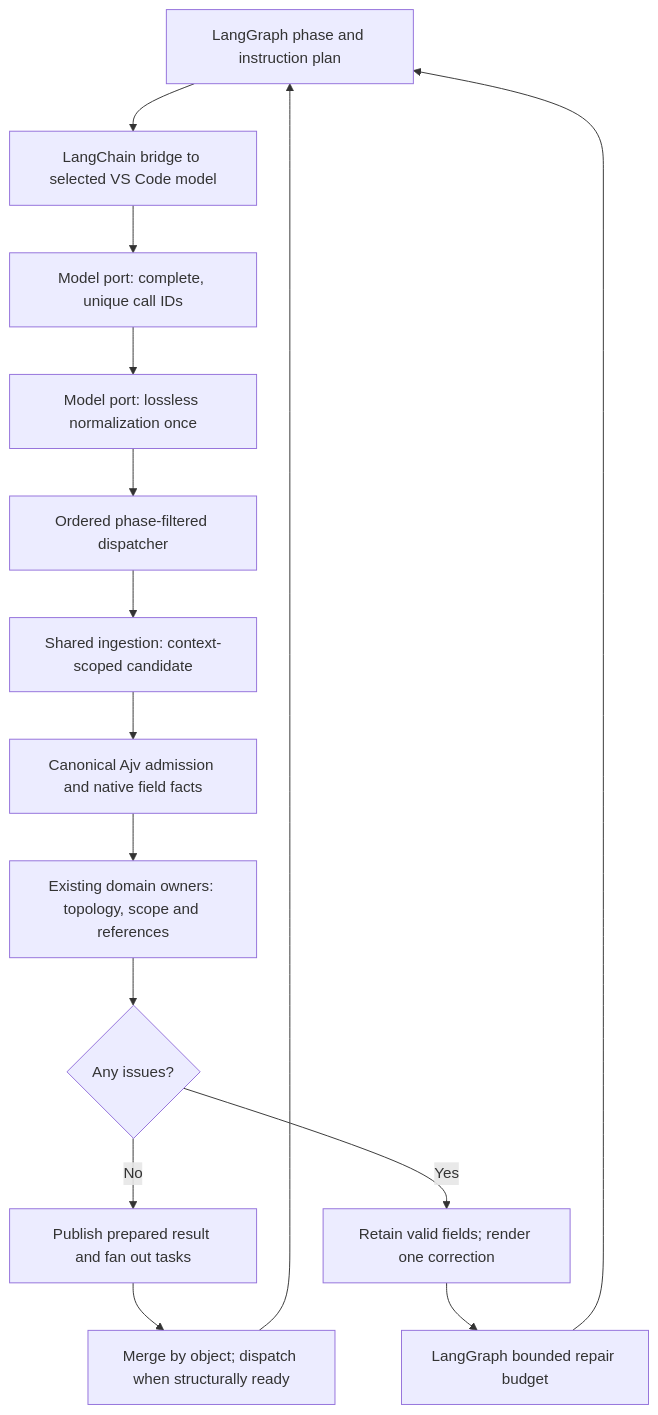
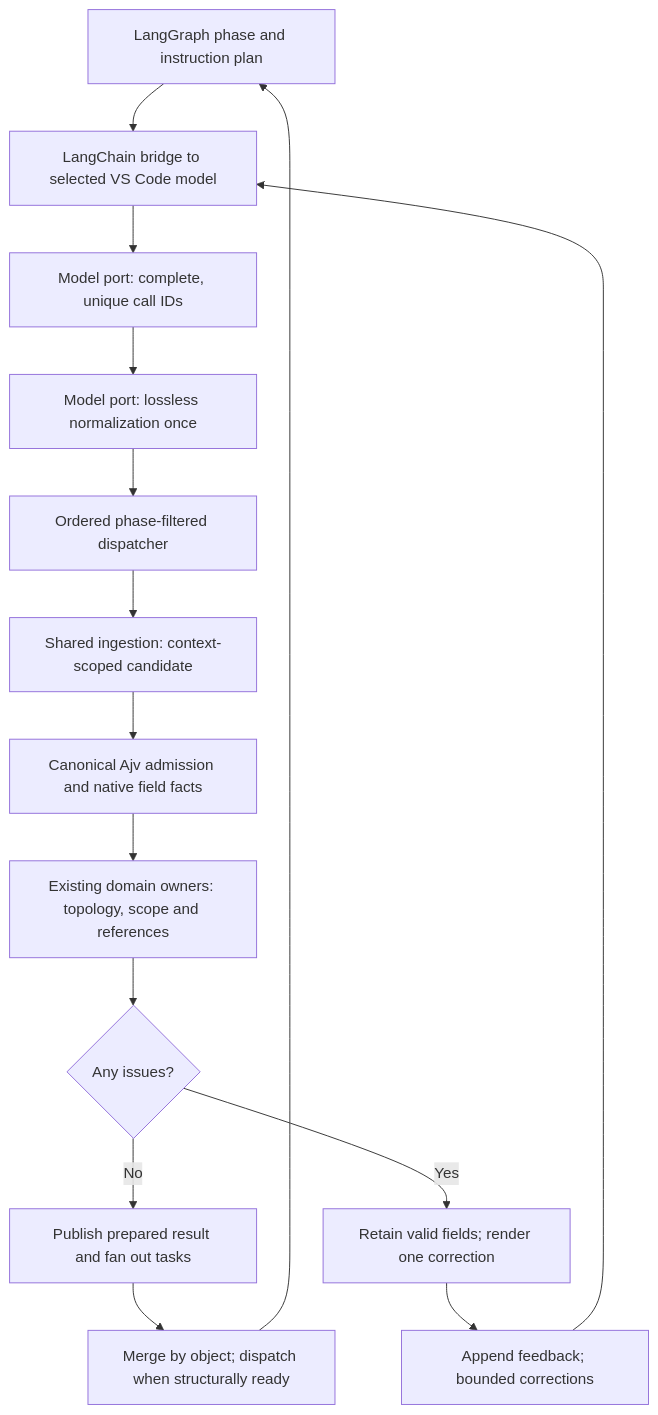
The second of 2 diagrams in docs/ARCHITECTURE.md (ChrisDevRepo/vscode_data_lineage), drawn with Mermaid before and after one commit. The commit also changed other lines of this file and 4 other files, not shown here.

````diff
--- a/docs/ARCHITECTURE.md
+++ b/docs/ARCHITECTURE.md
@@ -84,17 +84,17 @@
 ```mermaid
 flowchart TD
     PLAN[LangGraph phase and instruction plan] --> MODEL[LangChain bridge to selected VS Code model]
     MODEL --> CORRELATE[Model port: complete, unique call IDs]
     CORRELATE --> NORMALIZE[Model port: lossless normalization once]
     NORMALIZE --> DISPATCH[Ordered phase-filtered dispatcher]
     DISPATCH --> INGEST[Shared ingestion: context-scoped candidate]
     INGEST --> SCHEMA[Canonical Ajv admission and native field facts]
     SCHEMA --> ENGINE[Existing domain owners: topology, scope and references]
     ENGINE --> DECIDE{Any issues?}
     DECIDE -->|No| COMMIT[Publish prepared result and fan out tasks]
     DECIDE -->|Yes| REPAIR[Retain valid fields; render one correction]
-    REPAIR --> BUDGET[LangGraph bounded repair budget]
-    BUDGET --> PLAN
+    REPAIR --> BUDGET[Append feedback; bounded corrections]
+    BUDGET --> MODEL
     COMMIT --> AGENDA[Merge by object; dispatch when structurally ready]
     AGENDA --> PLAN
 ```
````
